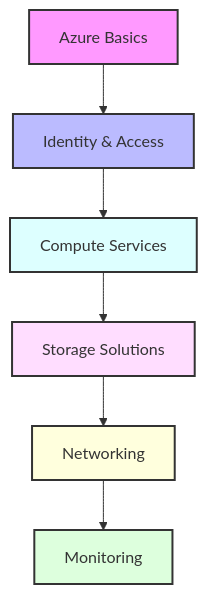
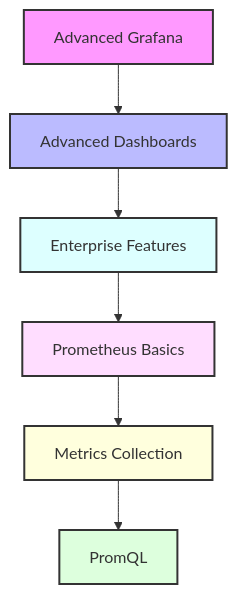
The diagram in days/day-10/README.md (dbsectrainer/devOps_tools), drawn with Mermaid before and after one commit. The commit also changed other lines of this file and 35 other files, not shown here.

````diff
--- a/days/day-10/README.md
+++ b/days/day-10/README.md
@@ -6,15 +8,15 @@
 ```mermaid
 graph TD
-    A[Azure Basics] --> B[Identity & Access]
-    B --> C[Compute Services]
-    C --> D[Storage Solutions]
-    D --> E[Networking]
-    E --> F[Monitoring]
+    A[Advanced Grafana] --> B[Advanced Dashboards]
+    B --> C[Enterprise Features]
+    C --> D[Prometheus Basics]
+    D --> E[Metrics Collection]
+    E --> F[PromQL]
 
     style A fill:#f9f,stroke:#333,stroke-width:2px
     style B fill:#bbf,stroke:#333,stroke-width:2px
     style C fill:#dff,stroke:#333,stroke-width:2px
     style D fill:#fdf,stroke:#333,stroke-width:2px
     style E fill:#ffd,stroke:#333,stroke-width:2px
     style F fill:#dfd,stroke:#333,stroke-width:2px
 ```
````
